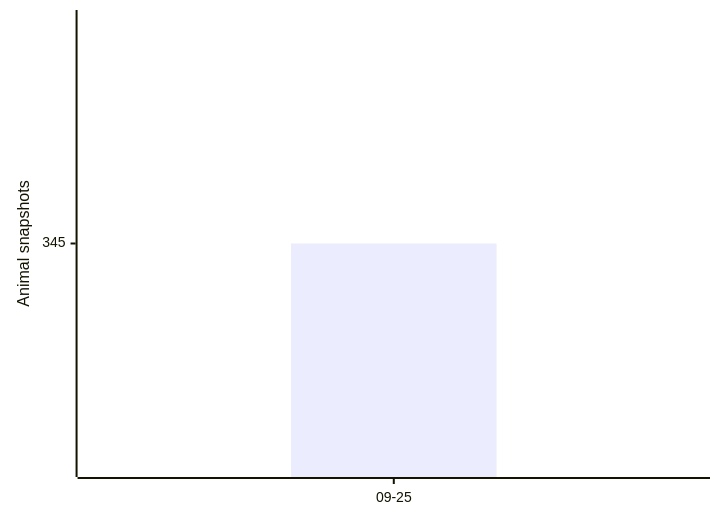
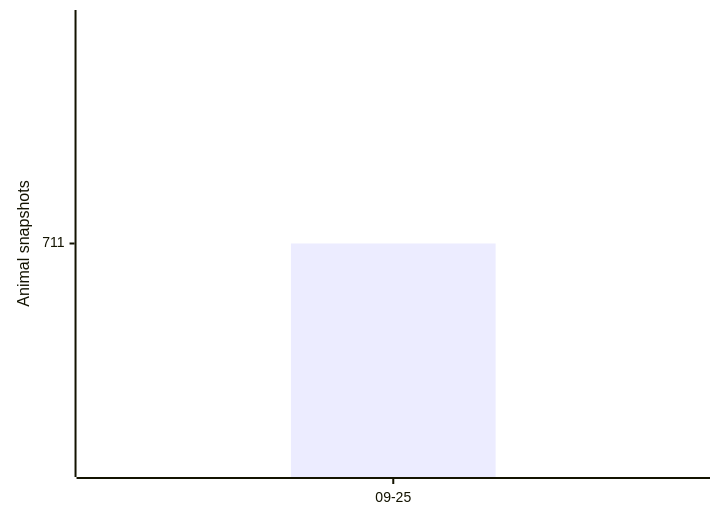
One commit to joshuafrommeyer-35/PierTracker changed the first of 3 diagrams in README.md. Above: the diagram before and after it, drawn with Mermaid. The commit also changed other lines of this file and 7 other files, not shown here.

````diff
--- a/README.md
+++ b/README.md
@@ -63,6 +72,6 @@
 ```mermaid
 xychart-beta
     x-axis ["09-25"]
     y-axis "Animal snapshots"
-    bar [345]
+    bar [711]
 ```
````
